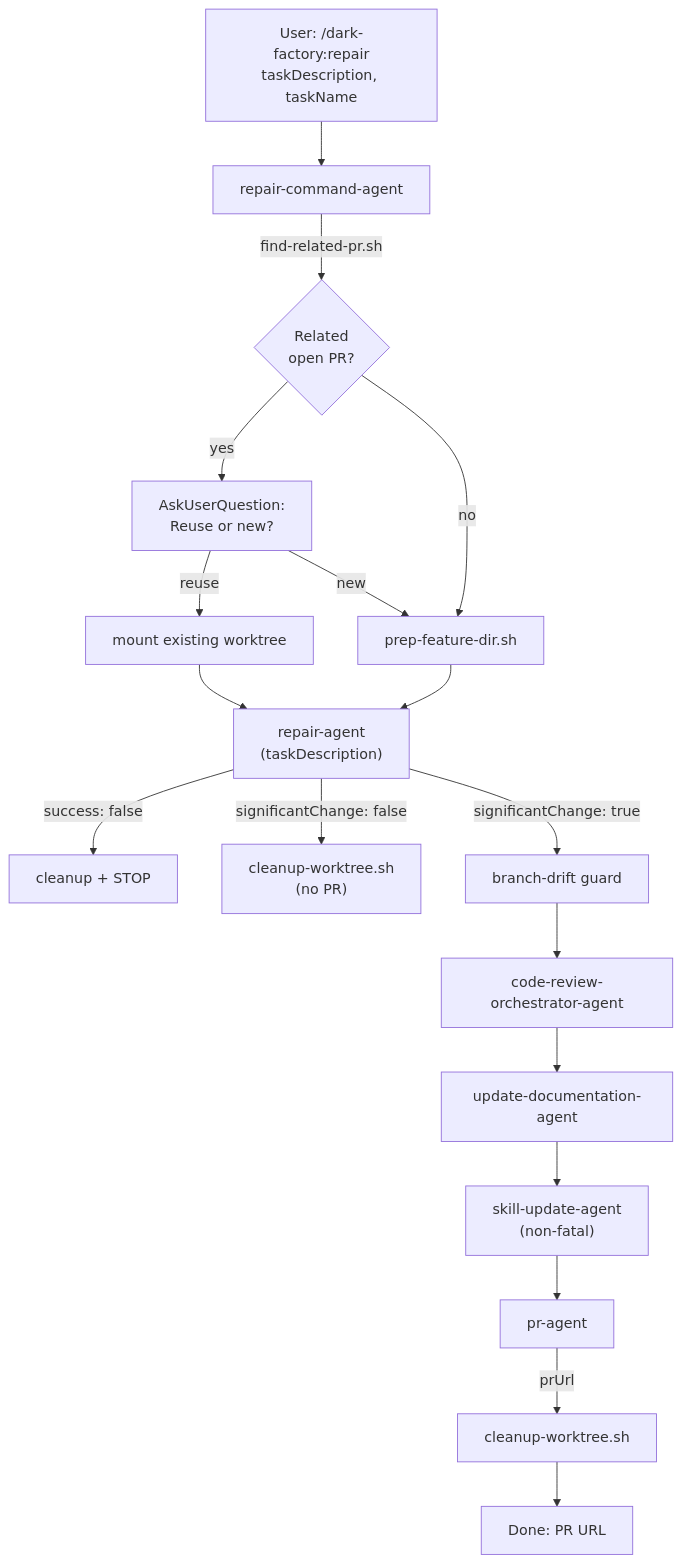
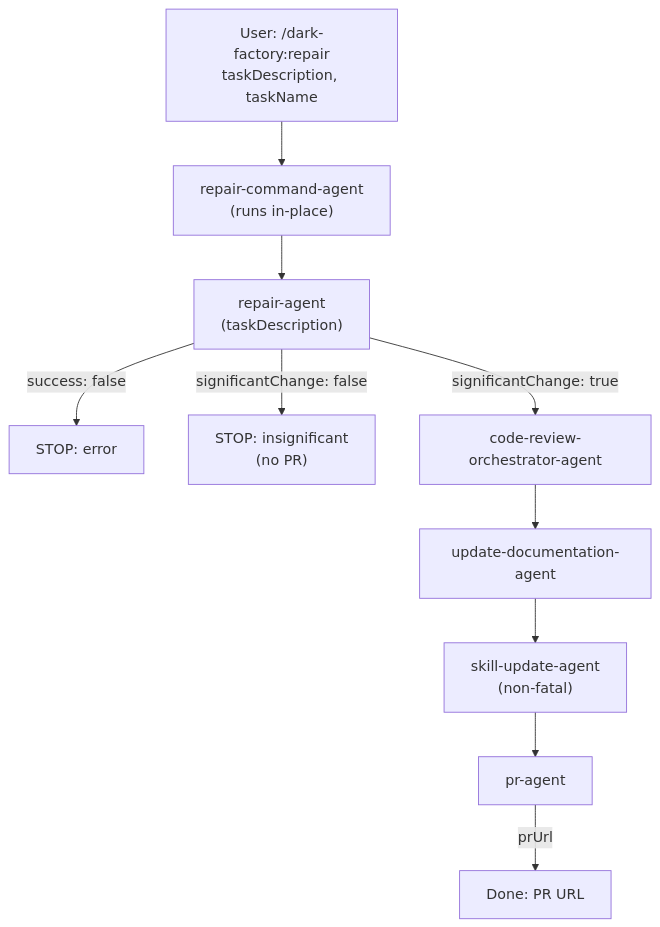
One commit to lewibs/dark-factory changed the diagram in docs/docs/repair-command-agent.md. Above: the diagram before and after it, drawn with Mermaid. The commit also changed other lines of this file and 7 other files, not shown here.

Commit message:
feat(dark-factory): add gotoworktree command skill and complete worktree prep removal

````diff
--- a/docs/docs/repair-command-agent.md
+++ b/docs/docs/repair-command-agent.md
@@ -13,25 +13,17 @@
 ```mermaid
 flowchart TD
   User["User: /dark-factory:repair\ntaskDescription, taskName"] --> RCA
 
-  RCA["repair-command-agent"]
+  RCA["repair-command-agent\n(runs in-place)"]
 
-  RCA -->|"find-related-pr.sh"| PR_CHECK{"Related\nopen PR?"}
-  PR_CHECK -->|"yes"| AUQ["AskUserQuestion:\nReuse or new?"]
-  AUQ -->|"reuse"| WT_REUSE["mount existing worktree"]
-  AUQ -->|"new"| WT_NEW["prep-feature-dir.sh"]
-  PR_CHECK -->|"no"| WT_NEW
+  RCA --> RA["repair-agent\n(taskDescription)"]
 
-  WT_REUSE & WT_NEW --> RA["repair-agent\n(taskDescription)"]
+  RA -->|"success: false"| ERR["STOP: error"]
+  RA -->|"significantChange: false"| FAST["STOP: insignificant\n(no PR)"]
+  RA -->|"significantChange: true"| CRO["code-review-orchestrator-agent"]
 
-  RA -->|"success: false"| ERR["cleanup + STOP"]
-  RA -->|"significantChange: false"| FAST["cleanup-worktree.sh\n(no PR)"]
-  RA -->|"significantChange: true"| DRIFT["branch-drift guard"]
-
-  DRIFT --> CRO["code-review-orchestrator-agent"]
   CRO --> UDA["update-documentation-agent"]
   UDA --> SUA["skill-update-agent\n(non-fatal)"]
   SUA --> PRA["pr-agent"]
-  PRA -->|"prUrl"| CLEAN["cleanup-worktree.sh"]
-  CLEAN --> Done["Done: PR URL"]
+  PRA -->|"prUrl"| Done["Done: PR URL"]
 ```
````
